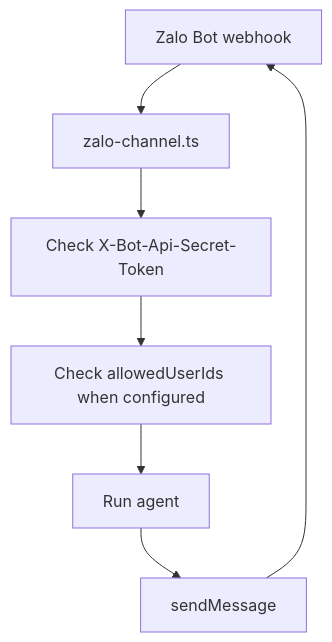
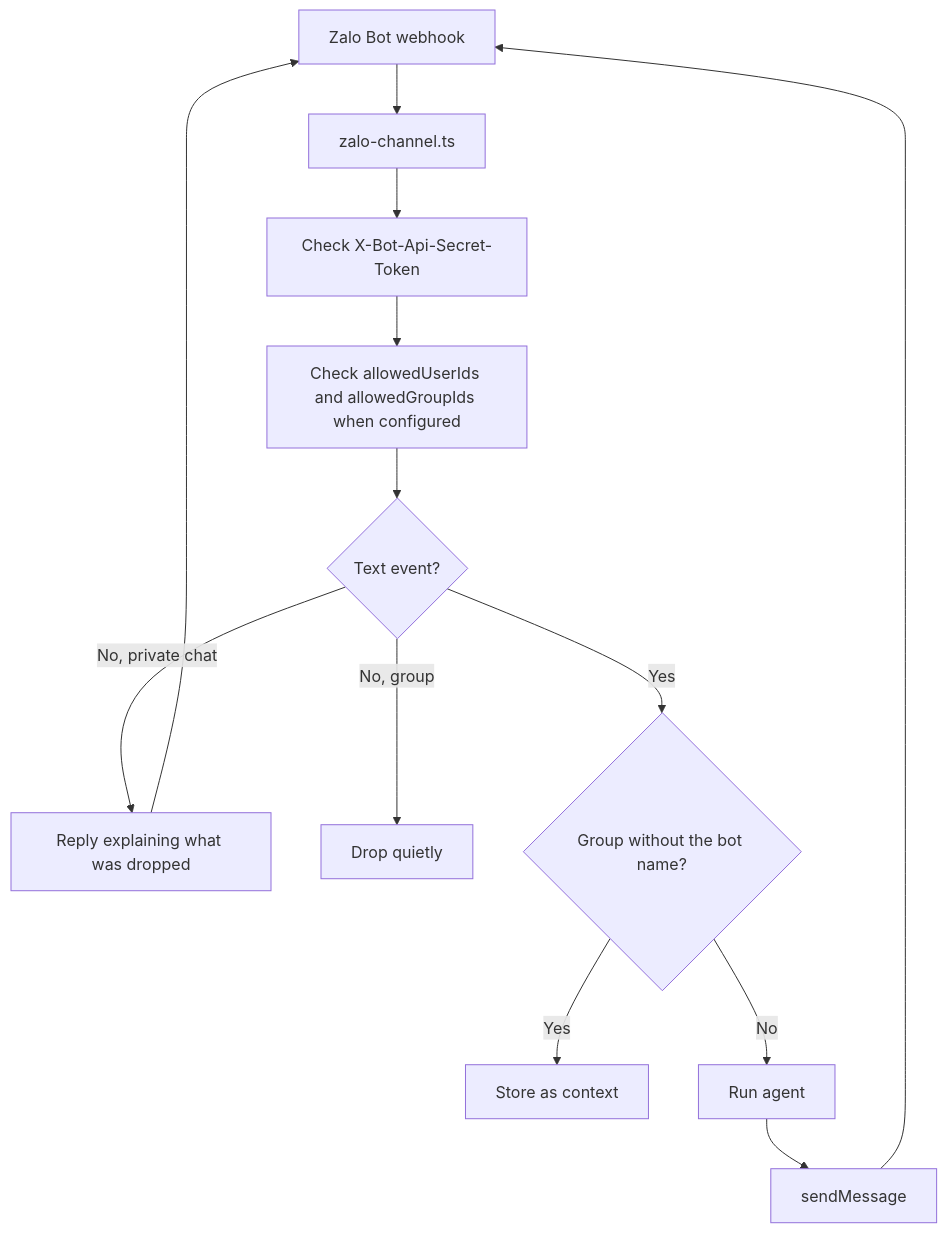
One commit to beeblastco/broods changed the diagram in apps/docs/docs/channels/zalo.md. Above: the diagram before and after it, drawn with Mermaid. The commit also changed other lines of this file and 12 other files, not shown here.

First line of the commit message:
feat(channels): support Zalo group chats and answer dropped messages

````diff
--- a/apps/docs/docs/channels/zalo.md
+++ b/apps/docs/docs/channels/zalo.md
@@ -42,9 +63,15 @@
 ```mermaid
 flowchart TD
   Zalo["Zalo Bot webhook"] --> Adapter["zalo-channel.ts"]
   Adapter --> Auth["Check X-Bot-Api-Secret-Token"]
-  Auth --> Allow["Check allowedUserIds when configured"]
-  Allow --> Agent["Run agent"]
+  Auth --> Allow["Check allowedUserIds and allowedGroupIds when configured"]
+  Allow --> Type{"Text event?"}
+  Type -- "No, private chat" --> Notice["Reply explaining what was dropped"]
+  Type -- "No, group" --> Drop["Drop quietly"]
+  Type -- Yes --> Addressed{"Group without the bot name?"}
+  Addressed -- Yes --> Context["Store as context"]
+  Addressed -- No --> Agent["Run agent"]
   Agent --> Reply["sendMessage"]
+  Notice --> Zalo
   Reply --> Zalo
 ```
````
